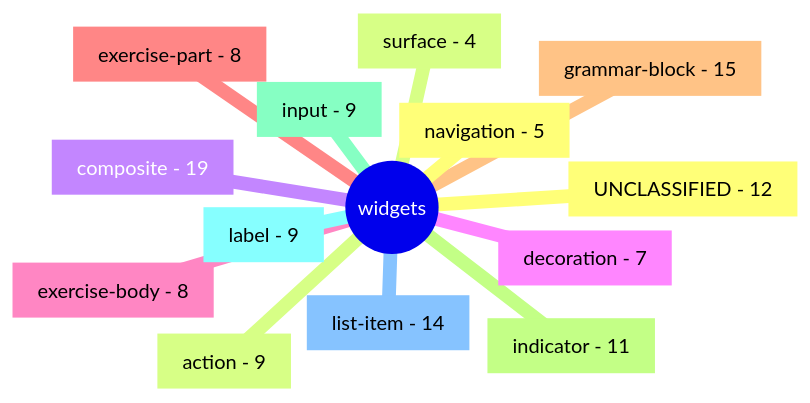
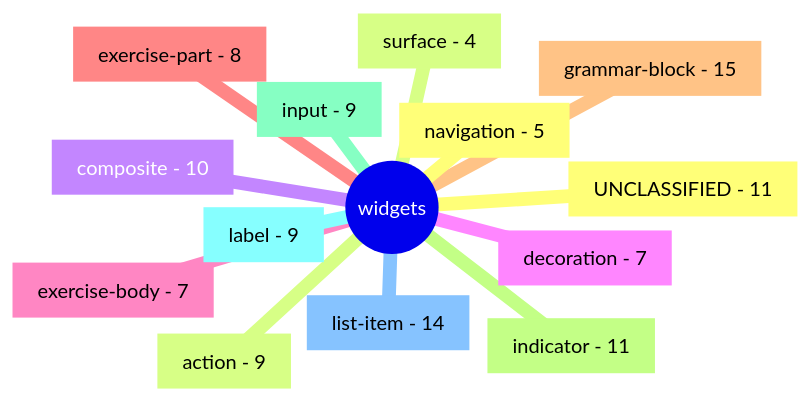
Before and after one commit to mirai-toto/manabi-do: the diagram in docs/08_widget_inventory.md, drawn with Mermaid. The commit also changed other lines of this file and 20 other files, not shown here.

````diff
--- a/docs/08_widget_inventory.md
+++ b/docs/08_widget_inventory.md
@@ -11,17 +11,17 @@
 ```mermaid
 mindmap
   root((widgets))
-    UNCLASSIFIED[UNCLASSIFIED - 12]
+    UNCLASSIFIED[UNCLASSIFIED - 11]
     action[action - 9]
-    composite[composite - 19]
+    composite[composite - 10]
     decoration[decoration - 7]
-    exercise_body[exercise-body - 8]
+    exercise_body[exercise-body - 7]
     exercise_part[exercise-part - 8]
     grammar_block[grammar-block - 15]
     indicator[indicator - 11]
     input[input - 9]
     label[label - 9]
     list_item[list-item - 14]
     navigation[navigation - 5]
     surface[surface - 4]
 ```
````
